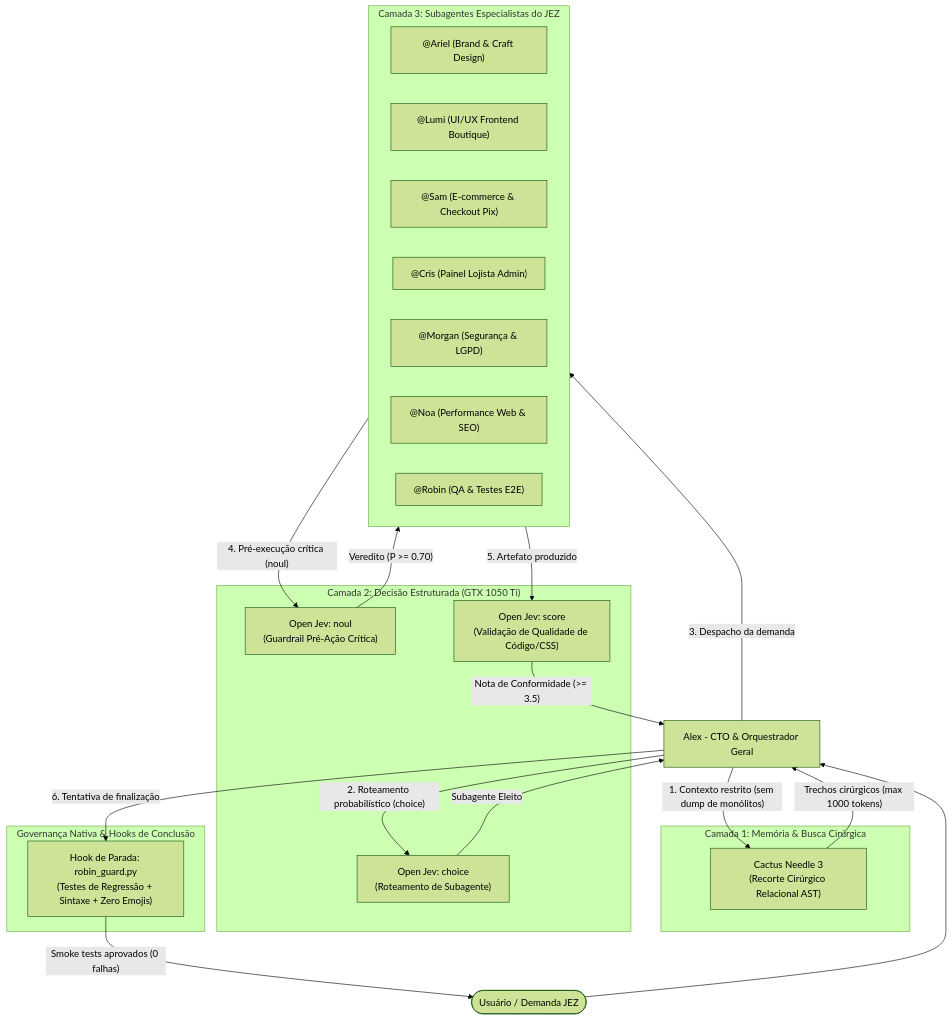
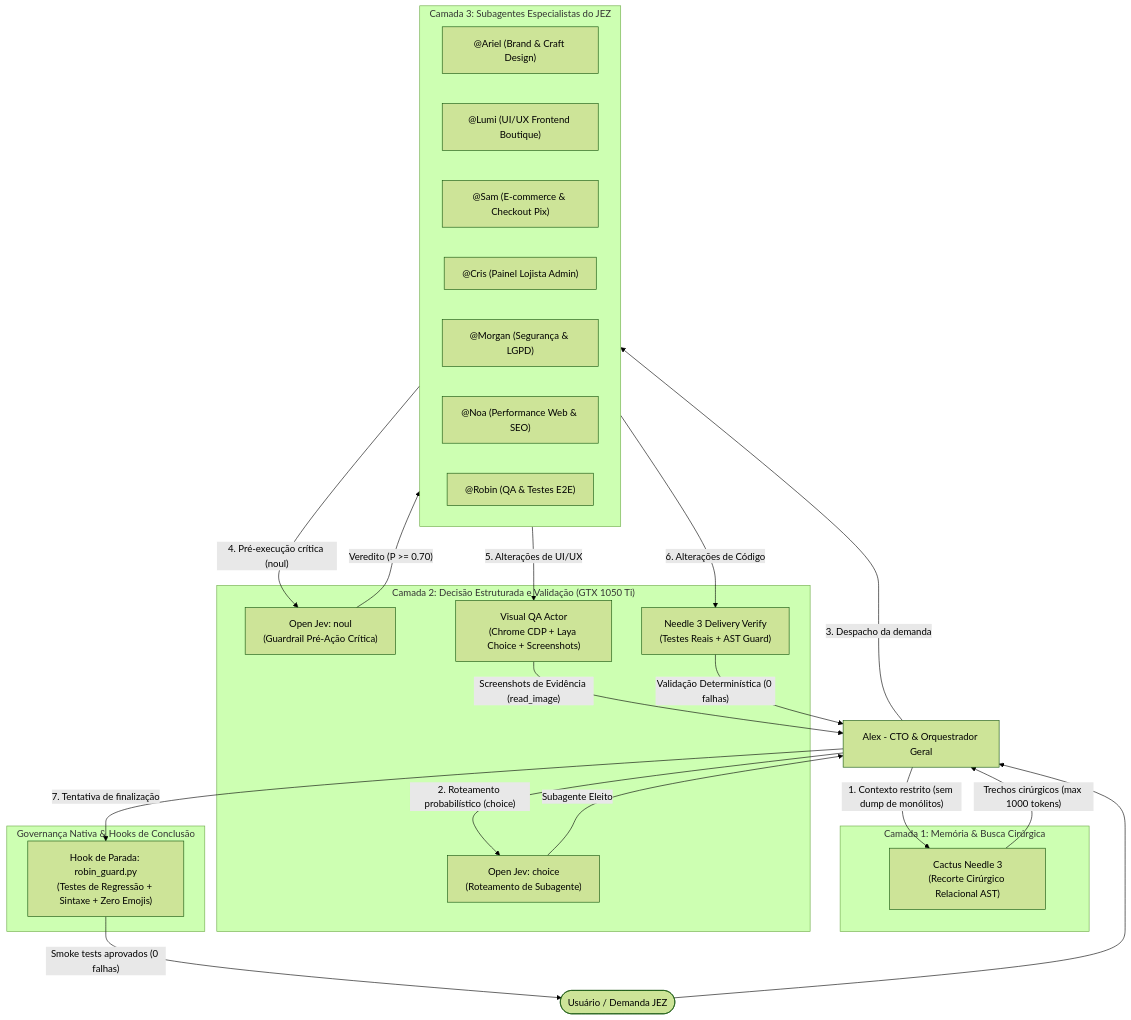
Before and after one commit to maiteuxzanela/jez: the diagram in AGENTS.md, drawn with Mermaid (forest theme). The commit also changed other lines of this file and 12 other files, not shown here.

````diff
--- a/AGENTS.md
+++ b/AGENTS.md
@@ -9,45 +9,49 @@
 ```mermaid
 flowchart TD
     User([Usuário / Demanda JEZ]) --> Orchestrator[Alex - CTO & Orquestrador Geral]
     
     subgraph Camada1["Camada 1: Memória & Busca Cirúrgica"]
         Needle3["Cactus Needle 3\n(Recorte Cirúrgico Relacional AST)"]
     end
     
-    subgraph Camada2["Camada 2: Decisão Estruturada (GTX 1050 Ti)"]
+    subgraph Camada2["Camada 2: Decisão Estruturada e Validação (GTX 1050 Ti)"]
         OpenJevChoice["Open Jev: choice\n(Roteamento de Subagente)"]
         OpenJevNoul["Open Jev: noul\n(Guardrail Pré-Ação Crítica)"]
-        OpenJevScore["Open Jev: score\n(Validação de Qualidade de Código/CSS)"]
+        VisualQAActor["Visual QA Actor\n(Chrome CDP + Laya Choice + Screenshots)"]
+        DeliveryVerify["Needle 3 Delivery Verify\n(Testes Reais + AST Guard)"]
     end
     
     subgraph Camada3["Camada 3: Subagentes Especialistas do JEZ"]
         Ariel["@Ariel (Brand & Craft Design)"]
         Lumi["@Lumi (UI/UX Frontend Boutique)"]
         Sam["@Sam (E-commerce & Checkout Pix)"]
         Cris["@Cris (Painel Lojista Admin)"]
         Morgan["@Morgan (Segurança & LGPD)"]
         Noa["@Noa (Performance Web & SEO)"]
         Robin["@Robin (QA & Testes E2E)"]
     end
 
     subgraph Gates["Governança Nativa & Hooks de Conclusão"]
         HookStop["Hook de Parada: robin_guard.py\n(Testes de Regressão + Sintaxe + Zero Emojis)"]
     end
 
     Orchestrator -- "1. Contexto restrito (sem dump de monólitos)" --> Needle3
     Needle3 -- "Trechos cirúrgicos (max 1000 tokens)" --> Orchestrator
     
     Orchestrator -- "2. Roteamento probabilístico (choice)" --> OpenJevChoice
     OpenJevChoice -- "Subagente Eleito" --> Orchestrator
     
     Orchestrator -- "3. Despacho da demanda" --> Camada3
     
     Camada3 -- "4. Pré-execução crítica (noul)" --> OpenJevNoul
     OpenJevNoul -- "Veredito (P >= 0.70)" --> Camada3
     
-    Camada3 -- "5. Artefato produzido" --> OpenJevScore
-    OpenJevScore -- "Nota de Conformidade (>= 3.5)" --> Orchestrator
+    Camada3 -- "5. Alterações de UI/UX" --> VisualQAActor
+    VisualQAActor -- "Screenshots de Evidência (read_image)" --> Orchestrator
 
-    Orchestrator -- "6. Tentativa de finalização" --> HookStop
+    Camada3 -- "6. Alterações de Código" --> DeliveryVerify
+    DeliveryVerify -- "Validação Determinística (0 falhas)" --> Orchestrator
+
+    Orchestrator -- "7. Tentativa de finalização" --> HookStop
     HookStop -- "Smoke tests aprovados (0 falhas)" --> User
 ```
````
